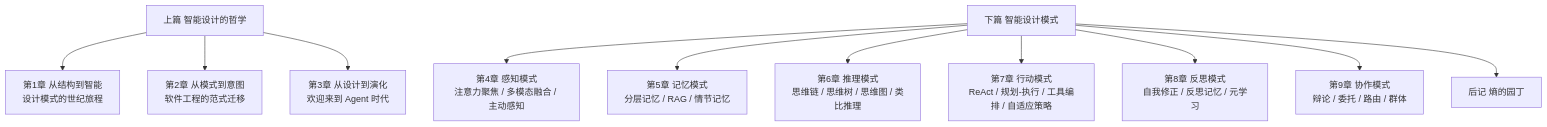
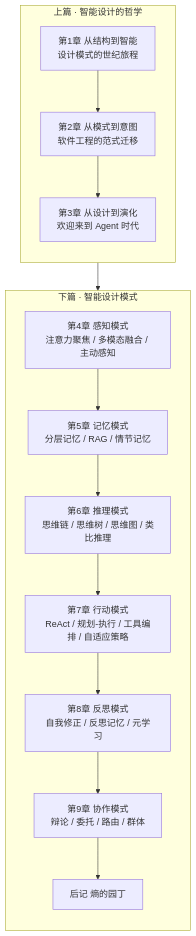
One commit to cheekahao/note changed the diagram in docs/ai/agent/index.md. Above: the diagram before and after it, drawn with Mermaid.

Commit message:
feat: 更新Agent 设计模式

````diff
--- a/docs/ai/agent/index.md
+++ b/docs/ai/agent/index.md
@@ -18,13 +18,24 @@
 ```mermaid
 flowchart TD
-    A["上篇 智能设计的哲学"] --> A1["第1章 从结构到智能<br/>设计模式的世纪旅程"]
-    A --> A2["第2章 从模式到意图<br/>软件工程的范式迁移"]
-    A --> A3["第3章 从设计到演化<br/>欢迎来到 Agent 时代"]
-    B["下篇 智能设计模式"] --> B1["第4章 感知模式<br/>注意力聚焦 / 多模态融合 / 主动感知"]
-    B --> B2["第5章 记忆模式<br/>分层记忆 / RAG / 情节记忆"]
-    B --> B3["第6章 推理模式<br/>思维链 / 思维树 / 思维图 / 类比推理"]
-    B --> B4["第7章 行动模式<br/>ReAct / 规划-执行 / 工具编排 / 自适应策略"]
-    B --> B5["第8章 反思模式<br/>自我修正 / 反思记忆 / 元学习"]
-    B --> B6["第9章 协作模式<br/>辩论 / 委托 / 路由 / 群体"]
-    B --> B7["后记 熵的园丁"]
+    subgraph UP["上篇 · 智能设计的哲学"]
+        direction TB
+        A1["第1章 从结构到智能<br/>设计模式的世纪旅程"]
+        A2["第2章 从模式到意图<br/>软件工程的范式迁移"]
+        A3["第3章 从设计到演化<br/>欢迎来到 Agent 时代"]
+        A1 --> A2 --> A3
+    end
+
+    subgraph DOWN["下篇 · 智能设计模式"]
+        direction TB
+        B1["第4章 感知模式<br/>注意力聚焦 / 多模态融合 / 主动感知"]
+        B2["第5章 记忆模式<br/>分层记忆 / RAG / 情节记忆"]
+        B3["第6章 推理模式<br/>思维链 / 思维树 / 思维图 / 类比推理"]
+        B4["第7章 行动模式<br/>ReAct / 规划-执行 / 工具编排 / 自适应策略"]
+        B5["第8章 反思模式<br/>自我修正 / 反思记忆 / 元学习"]
+        B6["第9章 协作模式<br/>辩论 / 委托 / 路由 / 群体"]
+        B7["后记 熵的园丁"]
+        B1 --> B2 --> B3 --> B4 --> B5 --> B6 --> B7
+    end
+
+    UP --> DOWN
 ```
````
